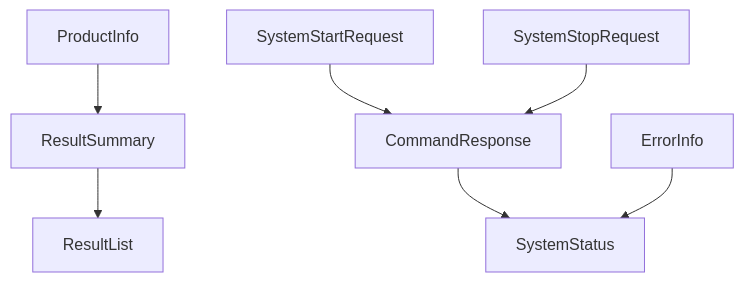
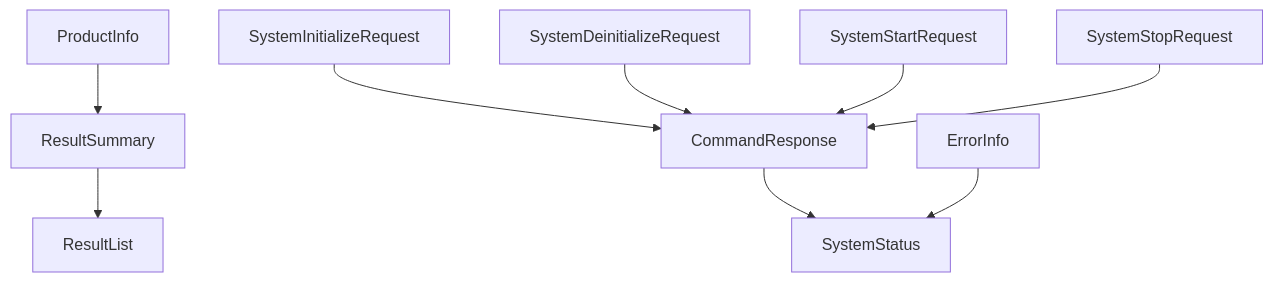
Before and after one commit to vstechnology-tw/vst-virex.net.integration: the diagram in docs/payloads.ja.md, drawn with Mermaid. The commit also changed other lines of this file and 16 other files, not shown here.

Commit message:
Add initialize command payload docs

````diff
--- a/docs/payloads.ja.md
+++ b/docs/payloads.ja.md
@@ -27,18 +27,22 @@
 ```mermaid
 flowchart TD
     ProductInfo["ProductInfo"]
+    Initialize["SystemInitializeRequest"]
+    Deinitialize["SystemDeinitializeRequest"]
     Start["SystemStartRequest"]
     Stop["SystemStopRequest"]
     CommandResponse["CommandResponse"]
     SystemStatus["SystemStatus"]
     ErrorInfo["ErrorInfo"]
     ResultSummary["ResultSummary"]
     ResultList["ResultList"]
 
     ProductInfo --> ResultSummary
+    Initialize --> CommandResponse
+    Deinitialize --> CommandResponse
     Start --> CommandResponse
     Stop --> CommandResponse
     CommandResponse --> SystemStatus
     ErrorInfo --> SystemStatus
     ResultSummary --> ResultList
 ```
````
